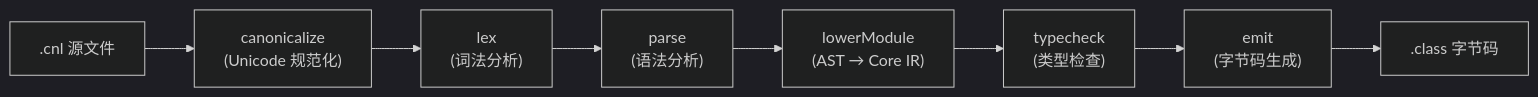
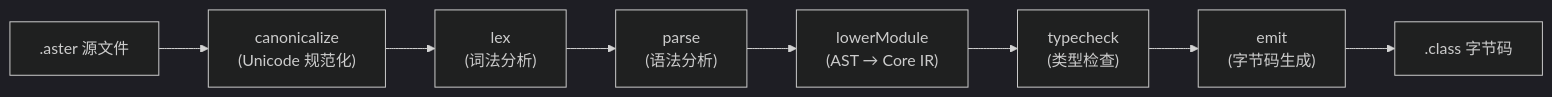
The first of 11 diagrams in docs/architecture.md (aster-cloud/aster-lang), drawn with Mermaid (dark theme) before and after one commit. The commit also changed other lines of this file and 284 other files, not shown here.

First line of the commit message:
重构: 将文件扩展名从 .cnl 迁移至 .aster

````diff
--- a/docs/architecture.md
+++ b/docs/architecture.md
@@ -22,13 +22,13 @@
 ```mermaid
 flowchart LR
-    Source[".cnl 源文件"]
+    Source[".aster 源文件"]
     Canon["canonicalize<br/>(Unicode 规范化)"]
     Lex["lex<br/>(词法分析)"]
     Parse["parse<br/>(语法分析)"]
     Lower["lowerModule<br/>(AST → Core IR)"]
     Typecheck["typecheck<br/>(类型检查)"]
     Emit["emit<br/>(字节码生成)"]
     Bytecode[".class 字节码"]
 
     Source --> Canon --> Lex --> Parse --> Lower --> Typecheck --> Emit --> Bytecode
 ```
````
